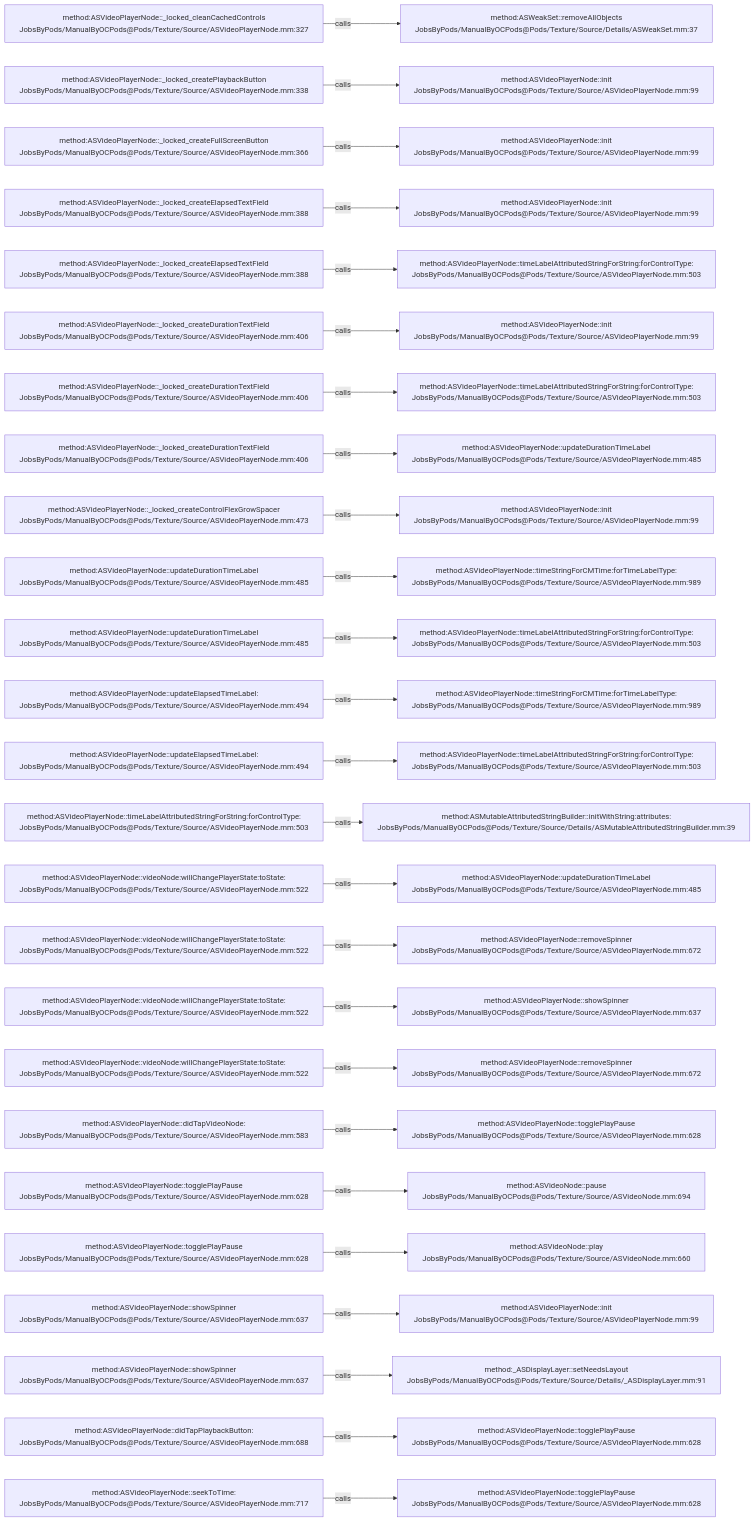
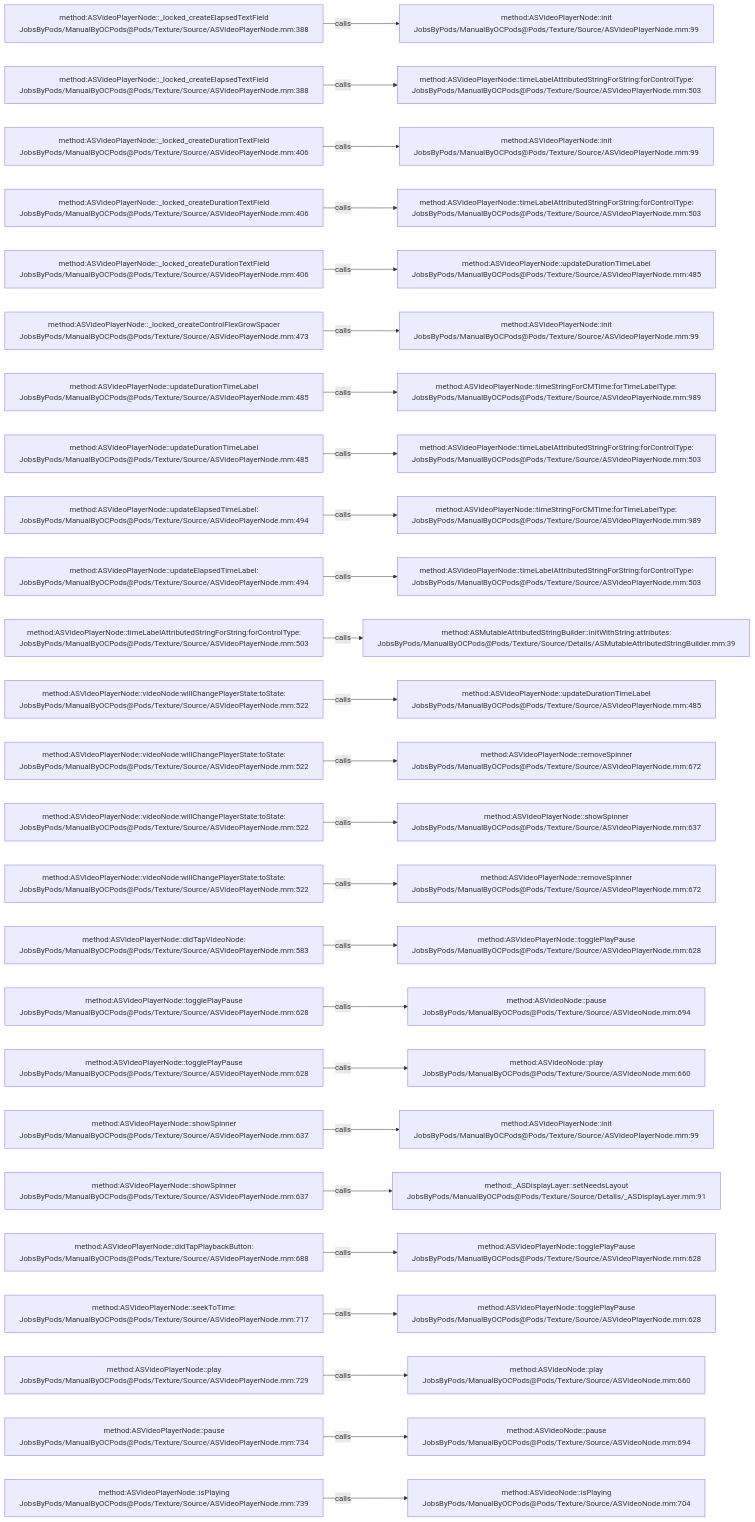
One commit to JobsKits/JobsOCBaseConfigDemo changed the diagram in .codegraph/codegraph.md/graphs/calls-148.md. Above: the diagram before and after it, drawn with Mermaid. The commit also changed 342 other files, not shown here.

````diff
--- a/.codegraph/codegraph.md/graphs/calls-148.md
+++ b/.codegraph/codegraph.md/graphs/calls-148.md
@@ -13,78 +13,78 @@
 ```mermaid
 flowchart LR
-  S1["method:ASVideoPlayerNode::_locked_cleanCachedControls<br/>JobsByPods/ManualByOCPods@Pods/Texture/Source/ASVideoPlayerNode.mm:327"]
-  T1["method:ASWeakSet::removeAllObjects<br/>JobsByPods/ManualByOCPods@Pods/Texture/Source/Details/ASWeakSet.mm:37"]
+  S1["method:ASVideoPlayerNode::_locked_createElapsedTextField<br/>JobsByPods/ManualByOCPods@Pods/Texture/Source/ASVideoPlayerNode.mm:388"]
+  T1["method:ASVideoPlayerNode::init<br/>JobsByPods/ManualByOCPods@Pods/Texture/Source/ASVideoPlayerNode.mm:99"]
   S1 -->|calls| T1
-  S2["method:ASVideoPlayerNode::_locked_createPlaybackButton<br/>JobsByPods/ManualByOCPods@Pods/Texture/Source/ASVideoPlayerNode.mm:338"]
-  T2["method:ASVideoPlayerNode::init<br/>JobsByPods/ManualByOCPods@Pods/Texture/Source/ASVideoPlayerNode.mm:99"]
+  S2["method:ASVideoPlayerNode::_locked_createElapsedTextField<br/>JobsByPods/ManualByOCPods@Pods/Texture/Source/ASVideoPlayerNode.mm:388"]
+  T2["method:ASVideoPlayerNode::timeLabelAttributedStringForString:forControlType:<br/>JobsByPods/ManualByOCPods@Pods/Texture/Source/ASVideoPlayerNode.mm:503"]
   S2 -->|calls| T2
-  S3["method:ASVideoPlayerNode::_locked_createFullScreenButton<br/>JobsByPods/ManualByOCPods@Pods/Texture/Source/ASVideoPlayerNode.mm:366"]
+  S3["method:ASVideoPlayerNode::_locked_createDurationTextField<br/>JobsByPods/ManualByOCPods@Pods/Texture/Source/ASVideoPlayerNode.mm:406"]
   T3["method:ASVideoPlayerNode::init<br/>JobsByPods/ManualByOCPods@Pods/Texture/Source/ASVideoPlayerNode.mm:99"]
   S3 -->|calls| T3
-  S4["method:ASVideoPlayerNode::_locked_createElapsedTextField<br/>JobsByPods/ManualByOCPods@Pods/Texture/Source/ASVideoPlayerNode.mm:388"]
-  T4["method:ASVideoPlayerNode::init<br/>JobsByPods/ManualByOCPods@Pods/Texture/Source/ASVideoPlayerNode.mm:99"]
+  S4["method:ASVideoPlayerNode::_locked_createDurationTextField<br/>JobsByPods/ManualByOCPods@Pods/Texture/Source/ASVideoPlayerNode.mm:406"]
+  T4["method:ASVideoPlayerNode::timeLabelAttributedStringForString:forControlType:<br/>JobsByPods/ManualByOCPods@Pods/Texture/Source/ASVideoPlayerNode.mm:503"]
   S4 -->|calls| T4
-  S5["method:ASVideoPlayerNode::_locked_createElapsedTextField<br/>JobsByPods/ManualByOCPods@Pods/Texture/Source/ASVideoPlayerNode.mm:388"]
-  T5["method:ASVideoPlayerNode::timeLabelAttributedStringForString:forControlType:<br/>JobsByPods/ManualByOCPods@Pods/Texture/Source/ASVideoPlayerNode.mm:503"]
+  S5["method:ASVideoPlayerNode::_locked_createDurationTextField<br/>JobsByPods/ManualByOCPods@Pods/Texture/Source/ASVideoPlayerNode.mm:406"]
+  T5["method:ASVideoPlayerNode::updateDurationTimeLabel<br/>JobsByPods/ManualByOCPods@Pods/Texture/Source/ASVideoPlayerNode.mm:485"]
   S5 -->|calls| T5
-  S6["method:ASVideoPlayerNode::_locked_createDurationTextField<br/>JobsByPods/ManualByOCPods@Pods/Texture/Source/ASVideoPlayerNode.mm:406"]
+  S6["method:ASVideoPlayerNode::_locked_createControlFlexGrowSpacer<br/>JobsByPods/ManualByOCPods@Pods/Texture/Source/ASVideoPlayerNode.mm:473"]
   T6["method:ASVideoPlayerNode::init<br/>JobsByPods/ManualByOCPods@Pods/Texture/Source/ASVideoPlayerNode.mm:99"]
   S6 -->|calls| T6
-  S7["method:ASVideoPlayerNode::_locked_createDurationTextField<br/>JobsByPods/ManualByOCPods@Pods/Texture/Source/ASVideoPlayerNode.mm:406"]
-  T7["method:ASVideoPlayerNode::timeLabelAttributedStringForString:forControlType:<br/>JobsByPods/ManualByOCPods@Pods/Texture/Source/ASVideoPlayerNode.mm:503"]
+  S7["method:ASVideoPlayerNode::updateDurationTimeLabel<br/>JobsByPods/ManualByOCPods@Pods/Texture/Source/ASVideoPlayerNode.mm:485"]
+  T7["method:ASVideoPlayerNode::timeStringForCMTime:forTimeLabelType:<br/>JobsByPods/ManualByOCPods@Pods/Texture/Source/ASVideoPlayerNode.mm:989"]
   S7 -->|calls| T7
-  S8["method:ASVideoPlayerNode::_locked_createDurationTextField<br/>JobsByPods/ManualByOCPods@Pods/Texture/Source/ASVideoPlayerNode.mm:406"]
-  T8["method:ASVideoPlayerNode::updateDurationTimeLabel<br/>JobsByPods/ManualByOCPods@Pods/Texture/Source/ASVideoPlayerNode.mm:485"]
+  S8["method:ASVideoPlayerNode::updateDurationTimeLabel<br/>JobsByPods/ManualByOCPods@Pods/Texture/Source/ASVideoPlayerNode.mm:485"]
+  T8["method:ASVideoPlayerNode::timeLabelAttributedStringForString:forControlType:<br/>JobsByPods/ManualByOCPods@Pods/Texture/Source/ASVideoPlayerNode.mm:503"]
   S8 -->|calls| T8
-  S9["method:ASVideoPlayerNode::_locked_createControlFlexGrowSpacer<br/>JobsByPods/ManualByOCPods@Pods/Texture/Source/ASVideoPlayerNode.mm:473"]
-  T9["method:ASVideoPlayerNode::init<br/>JobsByPods/ManualByOCPods@Pods/Texture/Source/ASVideoPlayerNode.mm:99"]
+  S9["method:ASVideoPlayerNode::updateElapsedTimeLabel:<br/>JobsByPods/ManualByOCPods@Pods/Texture/Source/ASVideoPlayerNode.mm:494"]
+  T9["method:ASVideoPlayerNode::timeStringForCMTime:forTimeLabelType:<br/>JobsByPods/ManualByOCPods@Pods/Texture/Source/ASVideoPlayerNode.mm:989"]
   S9 -->|calls| T9
-  S10["method:ASVideoPlayerNode::updateDurationTimeLabel<br/>JobsByPods/ManualByOCPods@Pods/Texture/Source/ASVideoPlayerNode.mm:485"]
-  T10["method:ASVideoPlayerNode::timeStringForCMTime:forTimeLabelType:<br/>JobsByPods/ManualByOCPods@Pods/Texture/Source/ASVideoPlayerNode.mm:989"]
+  S10["method:ASVideoPlayerNode::updateElapsedTimeLabel:<br/>JobsByPods/ManualByOCPods@Pods/Texture/Source/ASVideoPlayerNode.mm:494"]
+  T10["method:ASVideoPlayerNode::timeLabelAttributedStringForString:forControlType:<br/>JobsByPods/ManualByOCPods@Pods/Texture/Source/ASVideoPlayerNode.mm:503"]
   S10 -->|calls| T10
-  S11["method:ASVideoPlayerNode::updateDurationTimeLabel<br/>JobsByPods/ManualByOCPods@Pods/Texture/Source/ASVideoPlayerNode.mm:485"]
-  T11["method:ASVideoPlayerNode::timeLabelAttributedStringForString:forControlType:<br/>JobsByPods/ManualByOCPods@Pods/Texture/Source/ASVideoPlayerNode.mm:503"]
+  S11["method:ASVideoPlayerNode::timeLabelAttributedStringForString:forControlType:<br/>JobsByPods/ManualByOCPods@Pods/Texture/Source/ASVideoPlayerNode.mm:503"]
+  T11["method:ASMutableAttributedStringBuilder::initWithString:attributes:<br/>JobsByPods/ManualByOCPods@Pods/Texture/Source/Details/ASMutableAttributedStringBuilder.mm:39"]
   S11 -->|calls| T11
-  S12["method:ASVideoPlayerNode::updateElapsedTimeLabel:<br/>JobsByPods/ManualByOCPods@Pods/Texture/Source/ASVideoPlayerNode.mm:494"]
-  T12["method:ASVideoPlayerNode::timeStringForCMTime:forTimeLabelType:<br/>JobsByPods/ManualByOCPods@Pods/Texture/Source/ASVideoPlayerNode.mm:989"]
+  S12["method:ASVideoPlayerNode::videoNode:willChangePlayerState:toState:<br/>JobsByPods/ManualByOCPods@Pods/Texture/Source/ASVideoPlayerNode.mm:522"]
+  T12["method:ASVideoPlayerNode::updateDurationTimeLabel<br/>JobsByPods/ManualByOCPods@Pods/Texture/Source/ASVideoPlayerNode.mm:485"]
   S12 -->|calls| T12
-  S13["method:ASVideoPlayerNode::updateElapsedTimeLabel:<br/>JobsByPods/ManualByOCPods@Pods/Texture/Source/ASVideoPlayerNode.mm:494"]
-  T13["method:ASVideoPlayerNode::timeLabelAttributedStringForString:forControlType:<br/>JobsByPods/ManualByOCPods@Pods/Texture/Source/ASVideoPlayerNode.mm:503"]
+  S13["method:ASVideoPlayerNode::videoNode:willChangePlayerState:toState:<br/>JobsByPods/ManualByOCPods@Pods/Texture/Source/ASVideoPlayerNode.mm:522"]
+  T13["method:ASVideoPlayerNode::removeSpinner<br/>JobsByPods/ManualByOCPods@Pods/Texture/Source/ASVideoPlayerNode.mm:672"]
   S13 -->|calls| T13
-  S14["method:ASVideoPlayerNode::timeLabelAttributedStringForString:forControlType:<br/>JobsByPods/ManualByOCPods@Pods/Texture/Source/ASVideoPlayerNode.mm:503"]
-  T14["method:ASMutableAttributedStringBuilder::initWithString:attributes:<br/>JobsByPods/ManualByOCPods@Pods/Texture/Source/Details/ASMutableAttributedStringBuilder.mm:39"]
+  S14["method:ASVideoPlayerNode::videoNode:willChangePlayerState:toState:<br/>JobsByPods/ManualByOCPods@Pods/Texture/Source/ASVideoPlayerNode.mm:522"]
+  T14["method:ASVideoPlayerNode::showSpinner<br/>JobsByPods/ManualByOCPods@Pods/Texture/Source/ASVideoPlayerNode.mm:637"]
   S14 -->|calls| T14
   S15["method:ASVideoPlayerNode::videoNode:willChangePlayerState:toState:<br/>JobsByPods/ManualByOCPods@Pods/Texture/Source/ASVideoPlayerNode.mm:522"]
-  T15["method:ASVideoPlayerNode::updateDurationTimeLabel<br/>JobsByPods/ManualByOCPods@Pods/Texture/Source/ASVideoPlayerNode.mm:485"]
+  T15["method:ASVideoPlayerNode::removeSpinner<br/>JobsByPods/ManualByOCPods@Pods/Texture/Source/ASVideoPlayerNode.mm:672"]
   S15 -->|calls| T15
-  S16["method:ASVideoPlayerNode::videoNode:willChangePlayerState:toState:<br/>JobsByPods/ManualByOCPods@Pods/Texture/Source/ASVideoPlayerNode.mm:522"]
-  T16["method:ASVideoPlayerNode::removeSpinner<br/>JobsByPods/ManualByOCPods@Pods/Texture/Source/ASVideoPlayerNode.mm:672"]
+  S16["method:ASVideoPlayerNode::didTapVideoNode:<br/>JobsByPods/ManualByOCPods@Pods/Texture/Source/ASVideoPlayerNode.mm:583"]
+  T16["method:ASVideoPlayerNode::togglePlayPause<br/>JobsByPods/ManualByOCPods@Pods/Texture/Source/ASVideoPlayerNode.mm:628"]
   S16 -->|calls| T16
-  S17["method:ASVideoPlayerNode::videoNode:willChangePlayerState:toState:<br/>JobsByPods/ManualByOCPods@Pods/Texture/Source/ASVideoPlayerNode.mm:522"]
-  T17["method:ASVideoPlayerNode::showSpinner<br/>JobsByPods/ManualByOCPods@Pods/Texture/Source/ASVideoPlayerNode.mm:637"]
+  S17["method:ASVideoPlayerNode::togglePlayPause<br/>JobsByPods/ManualByOCPods@Pods/Texture/Source/ASVideoPlayerNode.mm:628"]
+  T17["method:ASVideoNode::pause<br/>JobsByPods/ManualByOCPods@Pods/Texture/Source/ASVideoNode.mm:694"]
   S17 -->|calls| T17
-  S18["method:ASVideoPlayerNode::videoNode:willChangePlayerState:toState:<br/>JobsByPods/ManualByOCPods@Pods/Texture/Source/ASVideoPlayerNode.mm:522"]
-  T18["method:ASVideoPlayerNode::removeSpinner<br/>JobsByPods/ManualByOCPods@Pods/Texture/Source/ASVideoPlayerNode.mm:672"]
+  S18["method:ASVideoPlayerNode::togglePlayPause<br/>JobsByPods/ManualByOCPods@Pods/Texture/Source/ASVideoPlayerNode.mm:628"]
+  T18["method:ASVideoNode::play<br/>JobsByPods/ManualByOCPods@Pods/Texture/Source/ASVideoNode.mm:660"]
   S18 -->|calls| T18
-  S19["method:ASVideoPlayerNode::didTapVideoNode:<br/>JobsByPods/ManualByOCPods@Pods/Texture/Source/ASVideoPlayerNode.mm:583"]
-  T19["method:ASVideoPlayerNode::togglePlayPause<br/>JobsByPods/ManualByOCPods@Pods/Texture/Source/ASVideoPlayerNode.mm:628"]
+  S19["method:ASVideoPlayerNode::showSpinner<br/>JobsByPods/ManualByOCPods@Pods/Texture/Source/ASVideoPlayerNode.mm:637"]
+  T19["method:ASVideoPlayerNode::init<br/>JobsByPods/ManualByOCPods@Pods/Texture/Source/ASVideoPlayerNode.mm:99"]
   S19 -->|calls| T19
-  S20["method:ASVideoPlayerNode::togglePlayPause<br/>JobsByPods/ManualByOCPods@Pods/Texture/Source/ASVideoPlayerNode.mm:628"]
-  T20["method:ASVideoNode::pause<br/>JobsByPods/ManualByOCPods@Pods/Texture/Source/ASVideoNode.mm:694"]
+  S20["method:ASVideoPlayerNode::showSpinner<br/>JobsByPods/ManualByOCPods@Pods/Texture/Source/ASVideoPlayerNode.mm:637"]
+  T20["method:_ASDisplayLayer::setNeedsLayout<br/>JobsByPods/ManualByOCPods@Pods/Texture/Source/Details/_ASDisplayLayer.mm:91"]
   S20 -->|calls| T20
-  S21["method:ASVideoPlayerNode::togglePlayPause<br/>JobsByPods/ManualByOCPods@Pods/Texture/Source/ASVideoPlayerNode.mm:628"]
-  T21["method:ASVideoNode::play<br/>JobsByPods/ManualByOCPods@Pods/Texture/Source/ASVideoNode.mm:660"]
+  S21["method:ASVideoPlayerNode::didTapPlaybackButton:<br/>JobsByPods/ManualByOCPods@Pods/Texture/Source/ASVideoPlayerNode.mm:688"]
+  T21["method:ASVideoPlayerNode::togglePlayPause<br/>JobsByPods/ManualByOCPods@Pods/Texture/Source/ASVideoPlayerNode.mm:628"]
   S21 -->|calls| T21
-  S22["method:ASVideoPlayerNode::showSpinner<br/>JobsByPods/ManualByOCPods@Pods/Texture/Source/ASVideoPlayerNode.mm:637"]
-  T22["method:ASVideoPlayerNode::init<br/>JobsByPods/ManualByOCPods@Pods/Texture/Source/ASVideoPlayerNode.mm:99"]
+  S22["method:ASVideoPlayerNode::seekToTime:<br/>JobsByPods/ManualByOCPods@Pods/Texture/Source/ASVideoPlayerNode.mm:717"]
+  T22["method:ASVideoPlayerNode::togglePlayPause<br/>JobsByPods/ManualByOCPods@Pods/Texture/Source/ASVideoPlayerNode.mm:628"]
   S22 -->|calls| T22
-  S23["method:ASVideoPlayerNode::showSpinner<br/>JobsByPods/ManualByOCPods@Pods/Texture/Source/ASVideoPlayerNode.mm:637"]
-  T23["method:_ASDisplayLayer::setNeedsLayout<br/>JobsByPods/ManualByOCPods@Pods/Texture/Source/Details/_ASDisplayLayer.mm:91"]
+  S23["method:ASVideoPlayerNode::play<br/>JobsByPods/ManualByOCPods@Pods/Texture/Source/ASVideoPlayerNode.mm:729"]
+  T23["method:ASVideoNode::play<br/>JobsByPods/ManualByOCPods@Pods/Texture/Source/ASVideoNode.mm:660"]
   S23 -->|calls| T23
-  S24["method:ASVideoPlayerNode::didTapPlaybackButton:<br/>JobsByPods/ManualByOCPods@Pods/Texture/Source/ASVideoPlayerNode.mm:688"]
-  T24["method:ASVideoPlayerNode::togglePlayPause<br/>JobsByPods/ManualByOCPods@Pods/Texture/Source/ASVideoPlayerNode.mm:628"]
+  S24["method:ASVideoPlayerNode::pause<br/>JobsByPods/ManualByOCPods@Pods/Texture/Source/ASVideoPlayerNode.mm:734"]
+  T24["method:ASVideoNode::pause<br/>JobsByPods/ManualByOCPods@Pods/Texture/Source/ASVideoNode.mm:694"]
   S24 -->|calls| T24
-  S25["method:ASVideoPlayerNode::seekToTime:<br/>JobsByPods/ManualByOCPods@Pods/Texture/Source/ASVideoPlayerNode.mm:717"]
-  T25["method:ASVideoPlayerNode::togglePlayPause<br/>JobsByPods/ManualByOCPods@Pods/Texture/Source/ASVideoPlayerNode.mm:628"]
+  S25["method:ASVideoPlayerNode::isPlaying<br/>JobsByPods/ManualByOCPods@Pods/Texture/Source/ASVideoPlayerNode.mm:739"]
+  T25["method:ASVideoNode::isPlaying<br/>JobsByPods/ManualByOCPods@Pods/Texture/Source/ASVideoNode.mm:704"]
   S25 -->|calls| T25
 ```
````
